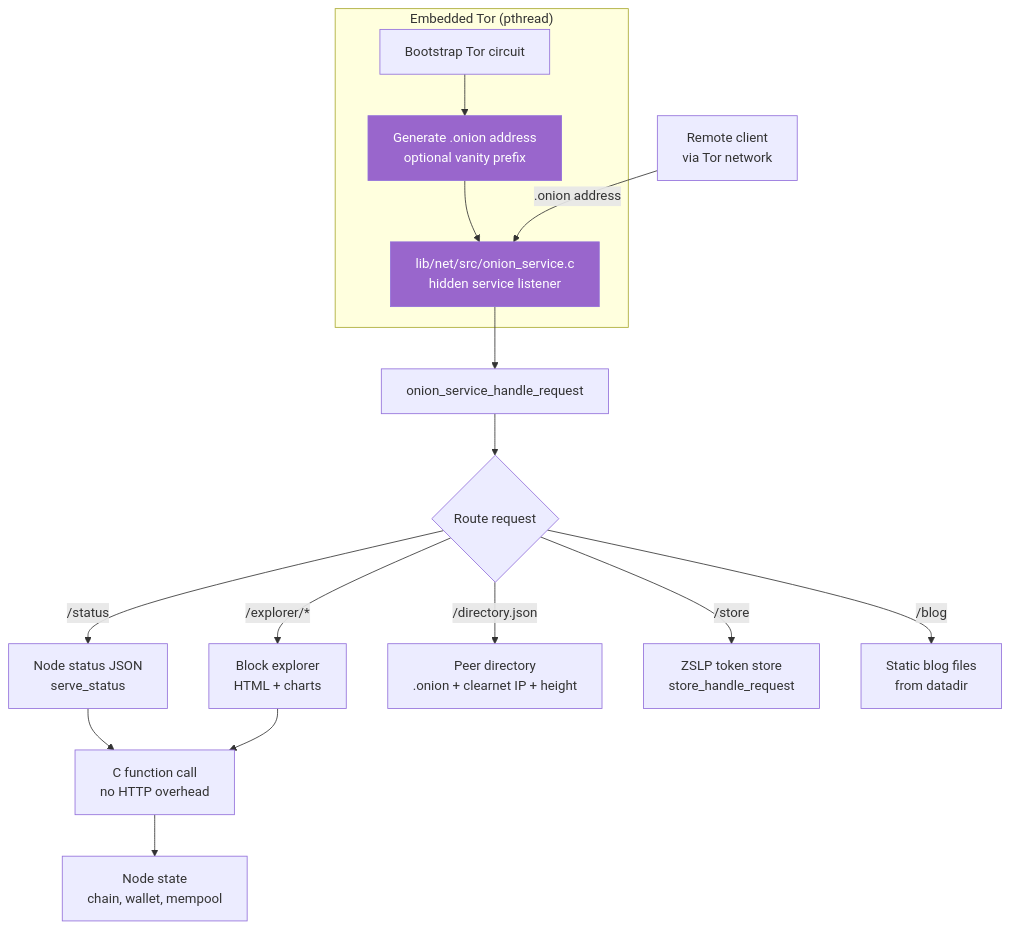
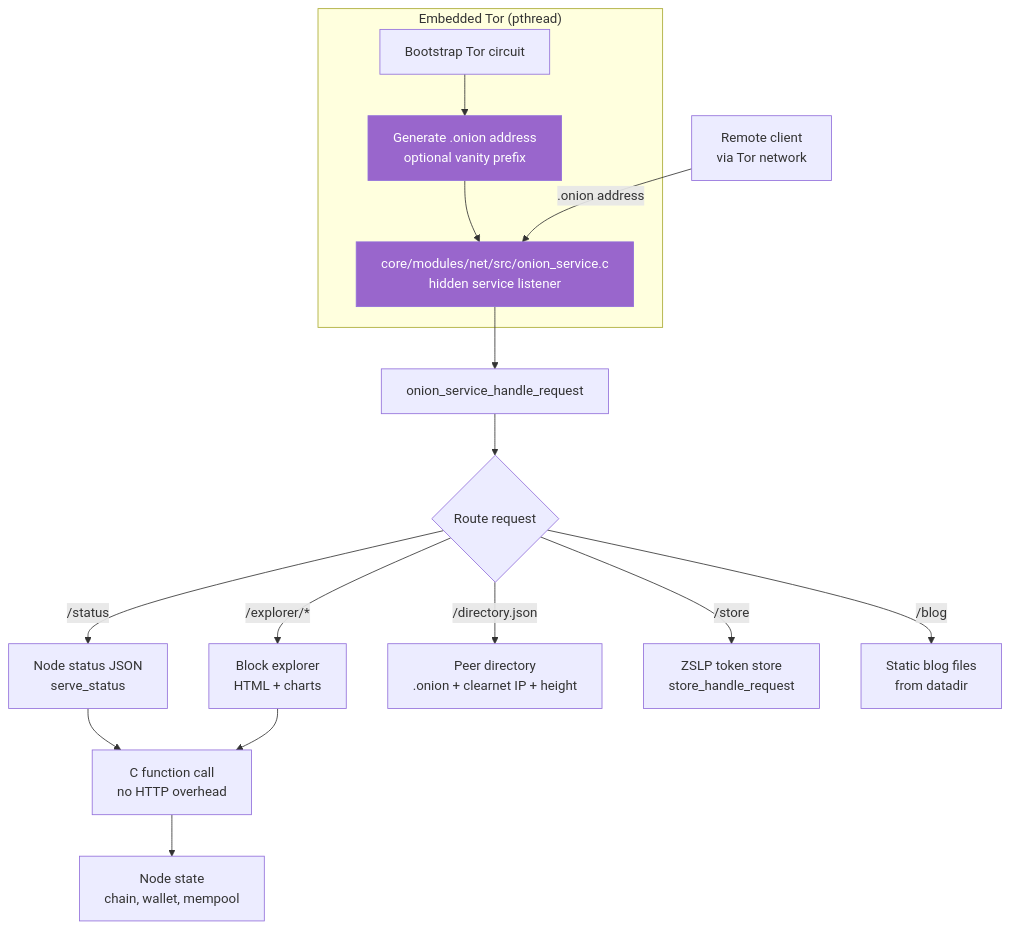
One commit to z23c/z23 changed the fifth of 5 diagrams in docs/ARCHITECTURE_DIAGRAMS.md. Above: the diagram before and after it, drawn with Mermaid. The commit also changed 8362 other files, not shown here.

Commit message:
refactor: make architecture visible in the tree

````diff
--- a/docs/ARCHITECTURE_DIAGRAMS.md
+++ b/docs/ARCHITECTURE_DIAGRAMS.md
@@ -241,25 +241,25 @@
 ```mermaid
 flowchart TD
     subgraph Tor["Embedded Tor (pthread)"]
         TOR_BOOT[Bootstrap Tor circuit] --> ONION_GEN[Generate .onion address<br/>optional vanity prefix]
-        ONION_GEN --> DYNHOST[lib/net/src/onion_service.c<br/>hidden service listener]
+        ONION_GEN --> DYNHOST[core/modules/net/src/onion_service.c<br/>hidden service listener]
     end
 
     REMOTE[Remote client<br/>via Tor network] -->|.onion address| DYNHOST
 
     DYNHOST --> HANDLE[onion_service_handle_request]
     HANDLE --> ROUTE_HTTP{Route request}
 
     ROUTE_HTTP -->|/status| STATUS[Node status JSON<br/>serve_status]
     ROUTE_HTTP -->|/explorer/*| EXPLORER[Block explorer<br/>HTML + charts]
     ROUTE_HTTP -->|/directory.json| DIRECTORY[Peer directory<br/>.onion + clearnet IP + height]
     ROUTE_HTTP -->|/store| STORE[ZSLP token store<br/>store_handle_request]
     ROUTE_HTTP -->|/blog| BLOG[Static blog files<br/>from datadir]
 
     STATUS --> CONTROLLERS[C function call<br/>no HTTP overhead]
     EXPLORER --> CONTROLLERS
     CONTROLLERS --> NODE[Node state<br/>chain, wallet, mempool]
 
     style DYNHOST fill:#9966cc,color:#fff
     style ONION_GEN fill:#9966cc,color:#fff
 ```
````
